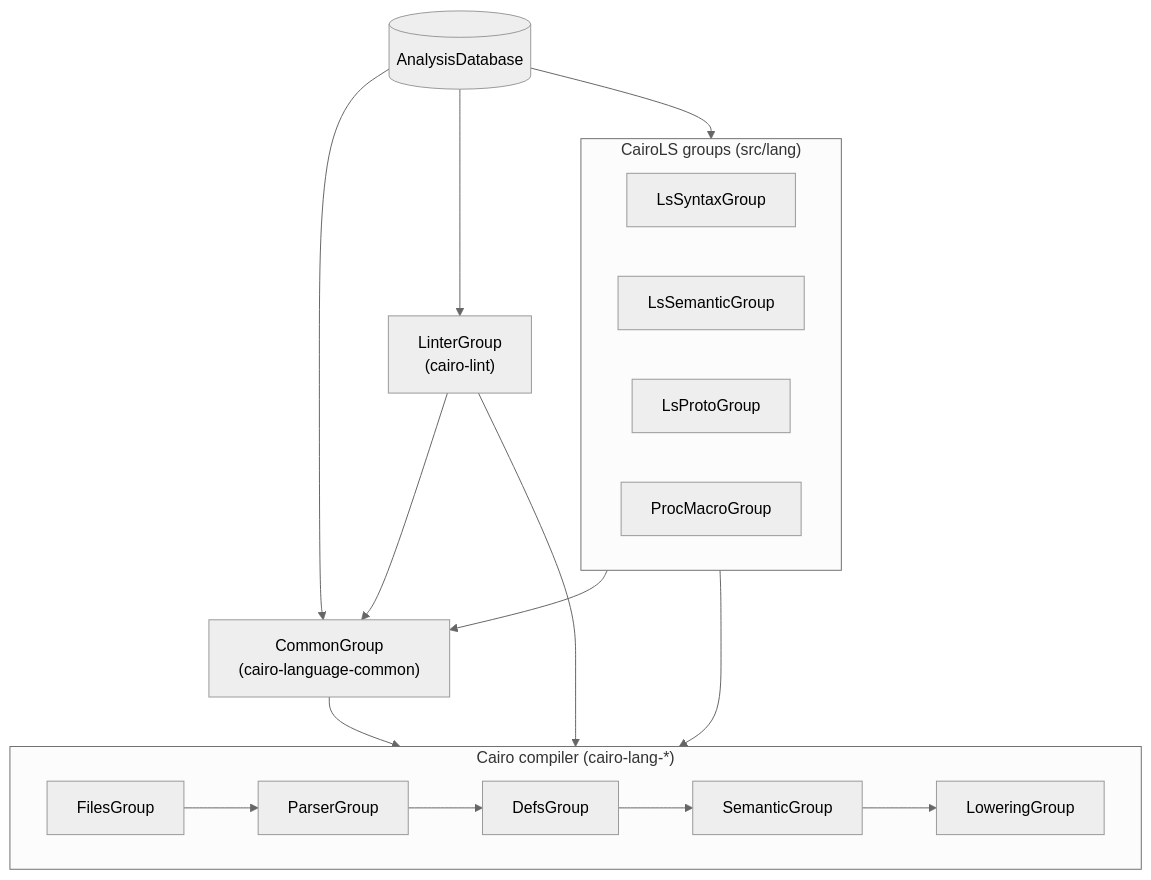
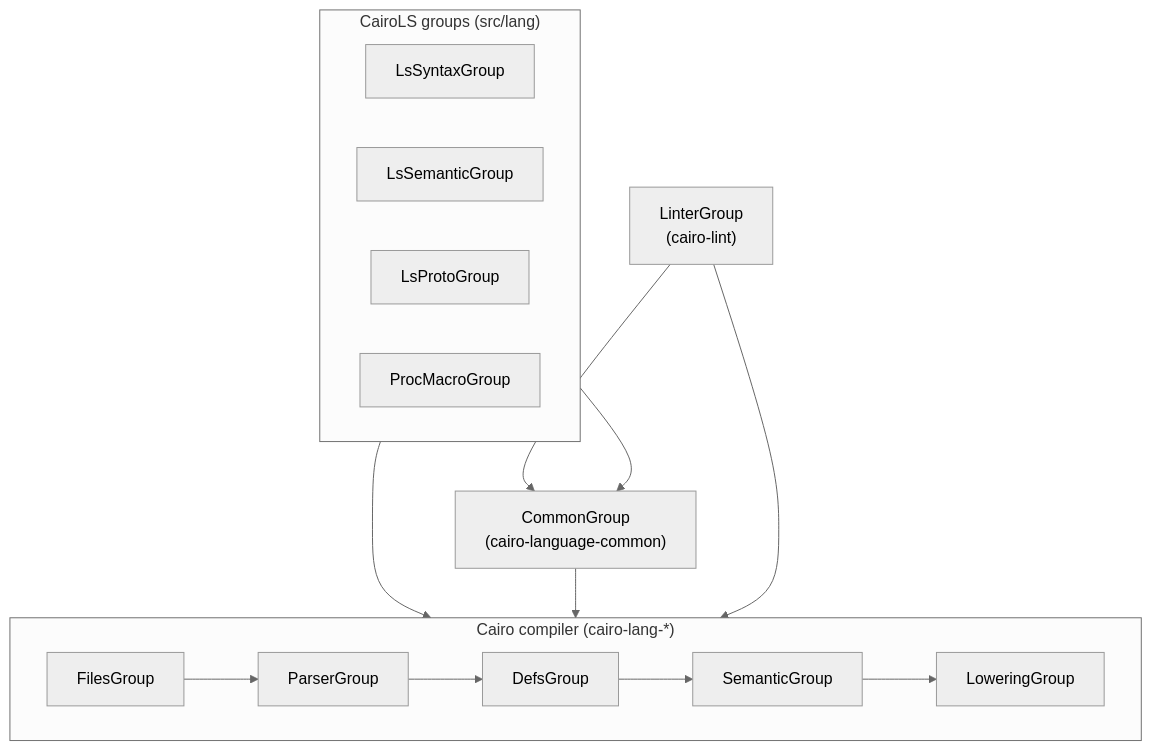
Before and after one commit to software-mansion/cairols: the second of 7 diagrams in ARCHITECTURE.md, drawn with Mermaid (neutral theme). The commit also changed other lines of this file, not shown here.

Commit message:
Clean up Analysis database chart

````diff
--- a/ARCHITECTURE.md
+++ b/ARCHITECTURE.md
@@ -93,18 +93,16 @@
 ```mermaid
 flowchart TB
-    db[("AnalysisDatabase")]
     subgraph ls ["CairoLS groups (src/lang)"]
         lssyntax["LsSyntaxGroup"]
         lssemantic["LsSemanticGroup"]
         lsproto["LsProtoGroup"]
         procmacro["ProcMacroGroup"]
     end
     common["CommonGroup<br/>(cairo-language-common)"]
     lint["LinterGroup<br/>(cairo-lint)"]
     subgraph compiler ["Cairo compiler (cairo-lang-*)"]
         files["FilesGroup"] --> parser["ParserGroup"] --> defs["DefsGroup"] --> semantic["SemanticGroup"] --> lowering["LoweringGroup"]
     end
-    db --> ls & common & lint
     ls & lint --> common
     ls & common & lint --> compiler
 ```
````
